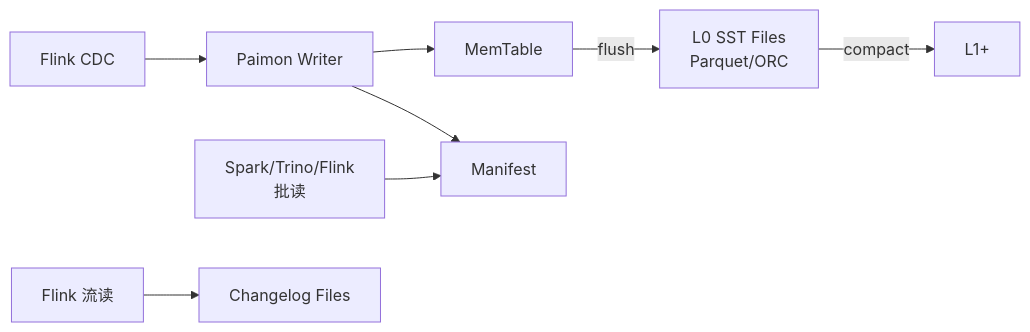
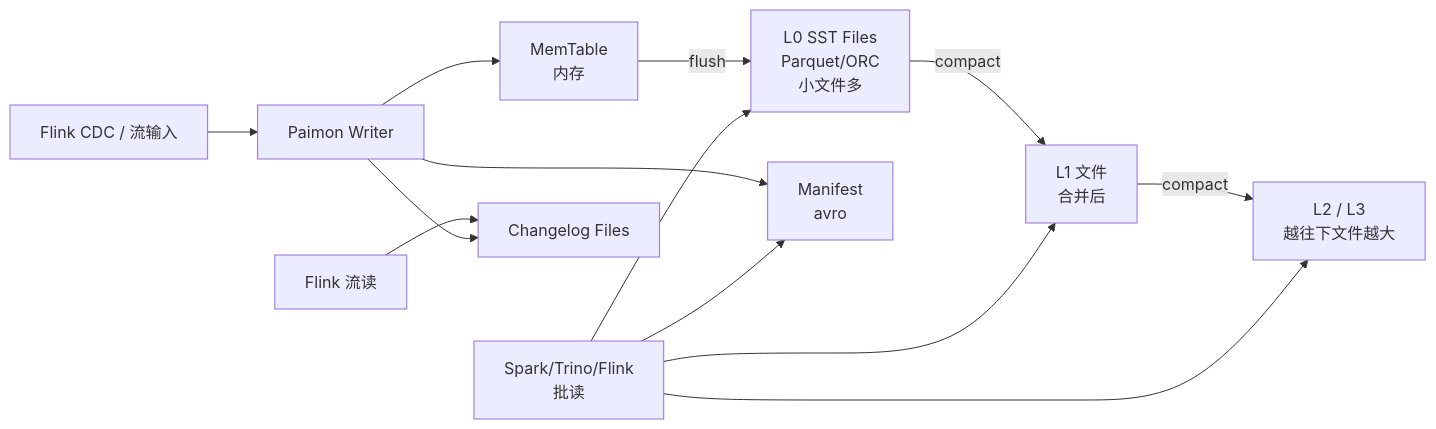
Before and after one commit to wangyong9999/lakehouse-wiki: the diagram in docs/lakehouse/paimon.md, drawn with Mermaid. The commit also changed other lines of this file and 3 other files, not shown here.

Commit message:
content(R1A.1): 表格式底座深化 lake-table/iceberg/paimon/snapshot 升 S 级

````diff
--- a/docs/lakehouse/paimon.md
+++ b/docs/lakehouse/paimon.md
@@ -32,10 +55,18 @@
 ```mermaid
 flowchart LR
-  cdc[Flink CDC] --> writer[Paimon Writer]
-  writer --> mem[MemTable]
-  mem -->|flush| l0[L0 SST Files<br/>Parquet/ORC]
-  l0 -->|compact| l1[L1+]
-  writer --> manifest[Manifest]
-  reader[Spark/Trino/Flink<br/>批读] --> manifest
-  flink_stream[Flink 流读] --> changelog[Changelog Files]
+  cdc[Flink CDC / 流输入] --> writer[Paimon Writer]
+  writer --> mem[MemTable<br/>内存]
+  mem -->|flush| l0[L0 SST Files<br/>Parquet/ORC<br/>小文件多]
+  l0 -->|compact| l1[L1 文件<br/>合并后]
+  l1 -->|compact| l2[L2 / L3<br/>越往下文件越大]
+  writer --> manifest[Manifest<br/>avro]
+
+  reader_batch[Spark/Trino/Flink<br/>批读] --> manifest
+  reader_batch --> l0
+  reader_batch --> l1
+  reader_batch --> l2
+
+  reader_stream[Flink 流读] --> changelog[Changelog Files]
+
+  writer --> changelog
 ```
````
